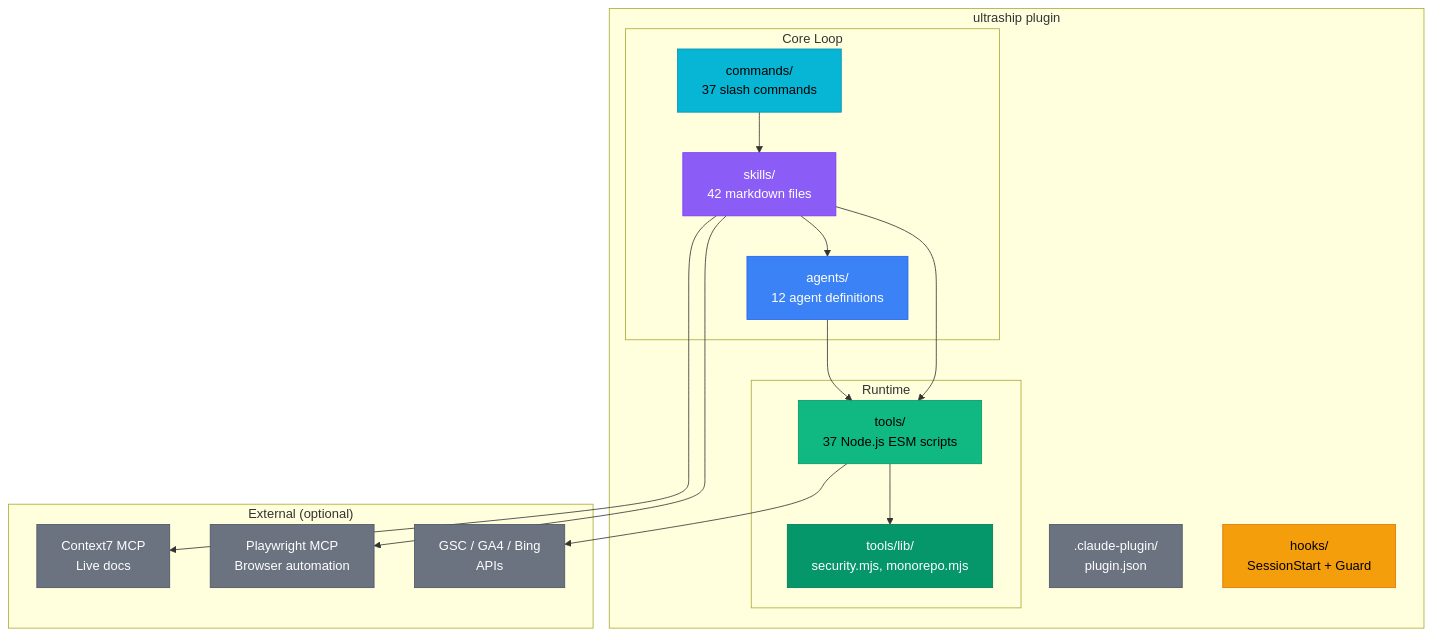
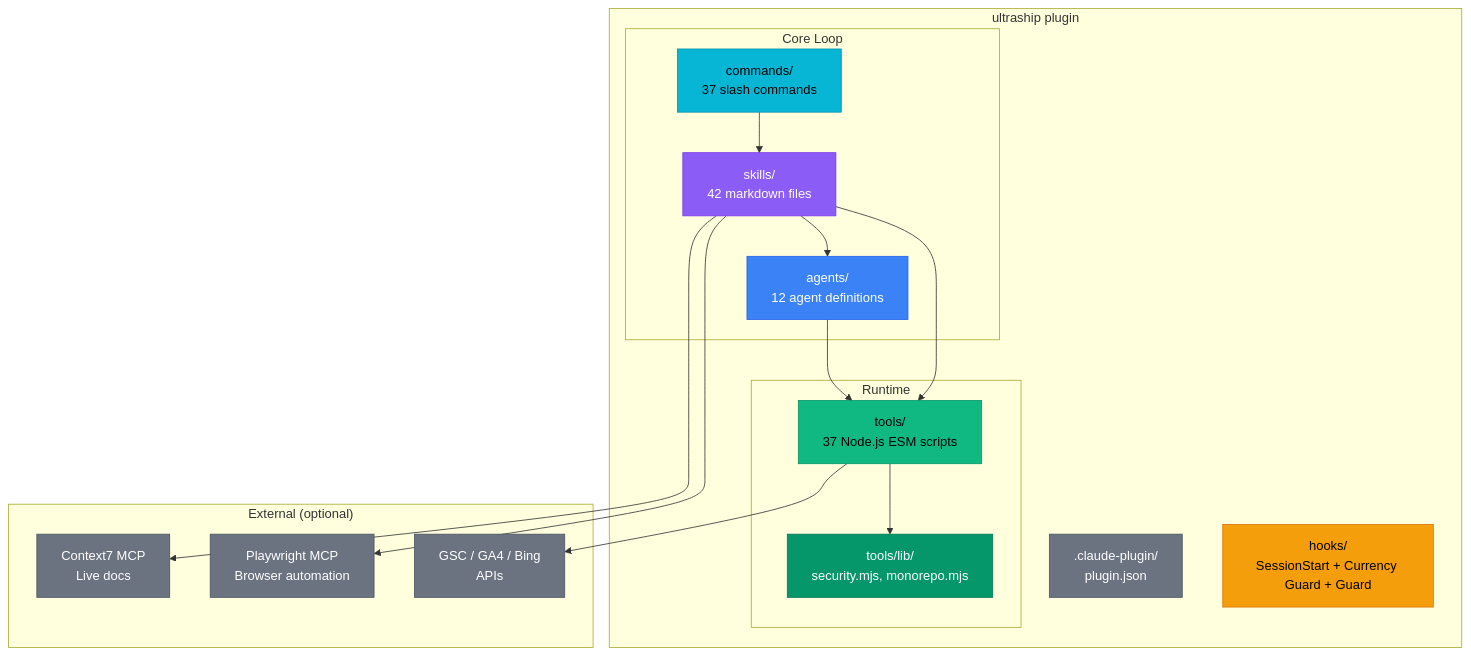
Before and after one commit to Houseofmvps/ultraship: the seventh of 7 diagrams in README.md, drawn with Mermaid. The commit also changed other lines of this file and 23 other files, not shown here.

````diff
--- a/README.md
+++ b/README.md
@@ -411,44 +423,44 @@
 ```mermaid
 flowchart TD
     subgraph Plugin["ultraship plugin"]
         MANIFEST[".claude-plugin/<br/>plugin.json"]
-        HOOKS["hooks/<br/>SessionStart + Guard"]
+        HOOKS["hooks/<br/>SessionStart + Currency Guard + Guard"]
 
         subgraph Core["Core Loop"]
             SKILLS["skills/<br/>42 markdown files"]
             AGENTS["agents/<br/>12 agent definitions"]
             COMMANDS["commands/<br/>37 slash commands"]
         end
 
         subgraph Runtime["Runtime"]
             TOOLS["tools/<br/>37 Node.js ESM scripts"]
             LIB["tools/lib/<br/>security.mjs, monorepo.mjs"]
         end
     end
 
     subgraph External["External (optional)"]
         MCP1["Context7 MCP<br/>Live docs"]
         MCP2["Playwright MCP<br/>Browser automation"]
         GSC2["GSC / GA4 / Bing<br/>APIs"]
     end
 
     COMMANDS --> SKILLS
     SKILLS --> AGENTS
     SKILLS --> TOOLS
     AGENTS --> TOOLS
     TOOLS --> LIB
     TOOLS --> GSC2
     SKILLS --> MCP1
     SKILLS --> MCP2
 
     style MANIFEST fill:#6b7280,stroke:#4b5563,color:#fff
     style HOOKS fill:#f59e0b,stroke:#d97706,color:#000
     style SKILLS fill:#8b5cf6,stroke:#7c3aed,color:#fff
     style AGENTS fill:#3b82f6,stroke:#2563eb,color:#fff
     style COMMANDS fill:#06b6d4,stroke:#0891b2,color:#000
     style TOOLS fill:#10b981,stroke:#059669,color:#000
     style LIB fill:#059669,stroke:#047857,color:#fff
     style MCP1 fill:#6b7280,stroke:#4b5563,color:#fff
     style MCP2 fill:#6b7280,stroke:#4b5563,color:#fff
     style GSC2 fill:#6b7280,stroke:#4b5563,color:#fff
 ```
````
